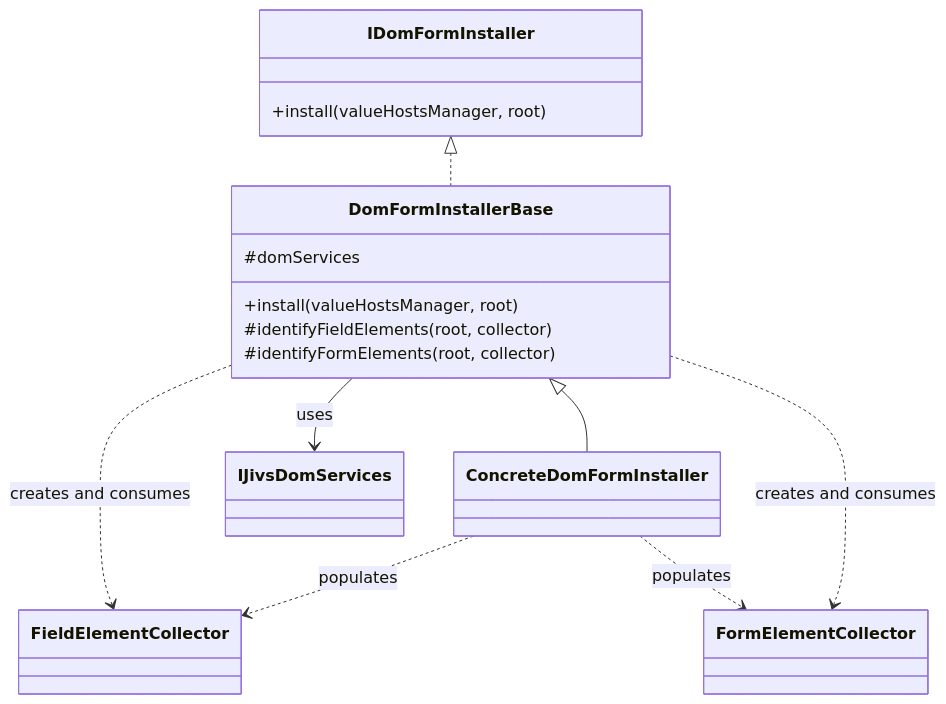
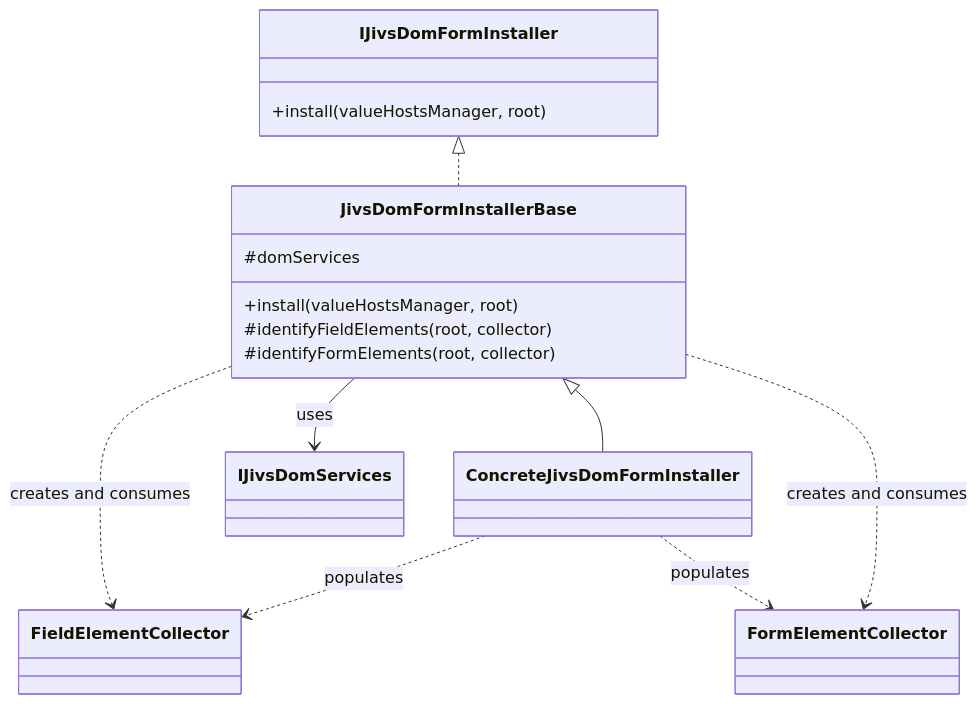
One commit to plblum/jivs changed the eighth of 13 diagrams in planning/Jivs-DOM_Implementation_Design.md. Above: the diagram before and after it, drawn with Mermaid. The commit also changed other lines of this file and 31 other files, not shown here.

Commit message:
Rename a few things in jivs-dom

````diff
--- a/planning/Jivs-DOM_Implementation_Design.md
+++ b/planning/Jivs-DOM_Implementation_Design.md
@@ -4000,26 +3999,26 @@
 ```mermaid
 classDiagram
-    class IDomFormInstaller {
+    class IJivsDomFormInstaller {
         +install(valueHostsManager, root)
     }
 
-    class DomFormInstallerBase {
+    class JivsDomFormInstallerBase {
         #domServices
         +install(valueHostsManager, root)
         #identifyFieldElements(root, collector)
         #identifyFormElements(root, collector)
     }
 
-    class ConcreteDomFormInstaller
+    class ConcreteJivsDomFormInstaller
     class FieldElementCollector
     class FormElementCollector
     class IJivsDomServices
 
-    IDomFormInstaller <|.. DomFormInstallerBase
-    DomFormInstallerBase <|-- ConcreteDomFormInstaller
-    DomFormInstallerBase --> IJivsDomServices : uses
-    ConcreteDomFormInstaller ..> FieldElementCollector : populates
-    DomFormInstallerBase ..> FieldElementCollector : creates and consumes
-    DomFormInstallerBase ..> FormElementCollector : creates and consumes
-    ConcreteDomFormInstaller ..> FormElementCollector : populates
+    IJivsDomFormInstaller <|.. JivsDomFormInstallerBase
+    JivsDomFormInstallerBase <|-- ConcreteJivsDomFormInstaller
+    JivsDomFormInstallerBase --> IJivsDomServices : uses
+    ConcreteJivsDomFormInstaller ..> FieldElementCollector : populates
+    JivsDomFormInstallerBase ..> FieldElementCollector : creates and consumes
+    JivsDomFormInstallerBase ..> FormElementCollector : creates and consumes
+    ConcreteJivsDomFormInstaller ..> FormElementCollector : populates
 ```
````
